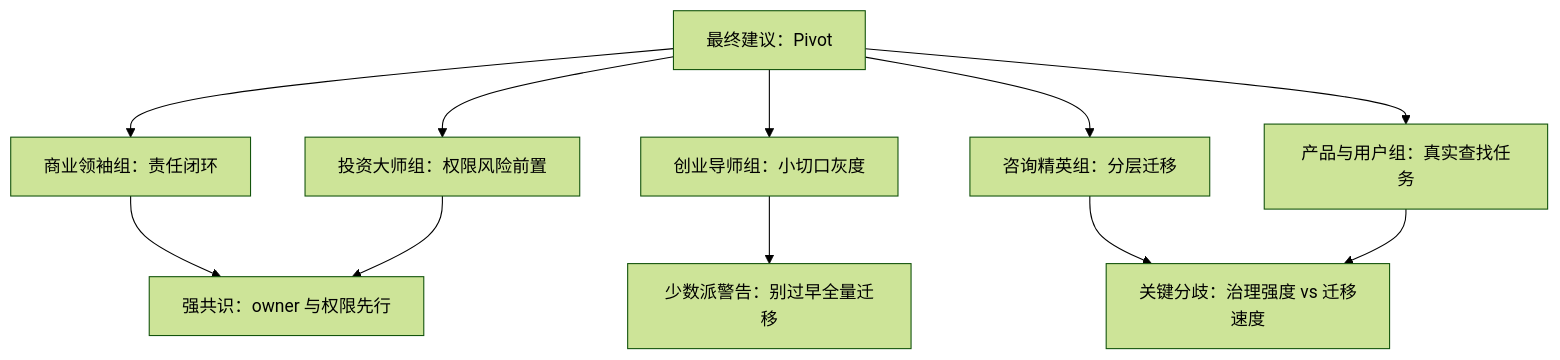
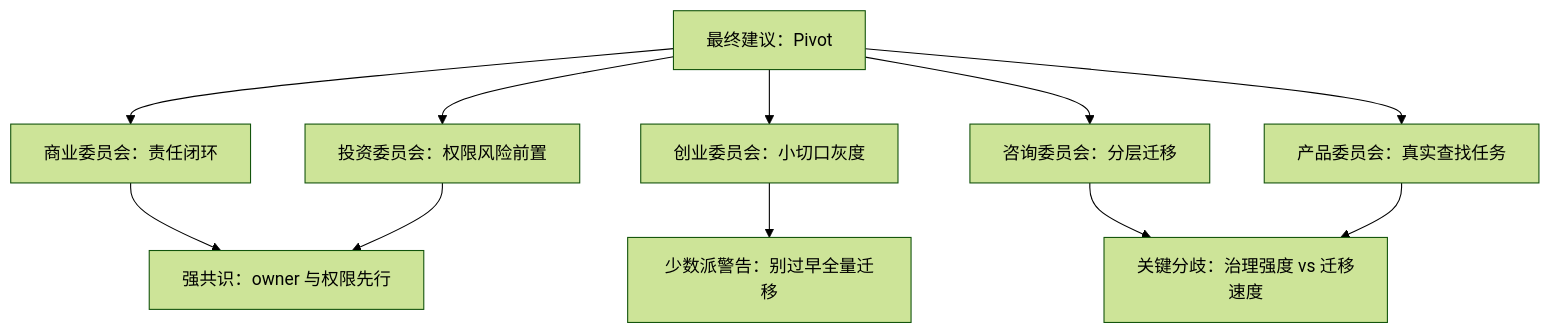
Before and after one commit to hehaivictor/superboard: the second of 3 diagrams in examples/output-deep-project-board-memo.md, drawn with Mermaid (forest theme). The commit also changed other lines of this file and 38 other files, not shown here.

````diff
--- a/examples/output-deep-project-board-memo.md
+++ b/examples/output-deep-project-board-memo.md
@@ -98,13 +98,13 @@
 ```mermaid
 flowchart TD
-  A["最终建议：Pivot"] --> B["商业领袖组：责任闭环"]
-  A --> C["创业导师组：小切口灰度"]
-  A --> D["投资大师组：权限风险前置"]
-  A --> E["咨询精英组：分层迁移"]
-  A --> F["产品与用户组：真实查找任务"]
+  A["最终建议：Pivot"] --> B["商业委员会：责任闭环"]
+  A --> C["创业委员会：小切口灰度"]
+  A --> D["投资委员会：权限风险前置"]
+  A --> E["咨询委员会：分层迁移"]
+  A --> F["产品委员会：真实查找任务"]
   B --> G["强共识：owner 与权限先行"]
   D --> G
   C --> H["少数派警告：别过早全量迁移"]
   E --> I["关键分歧：治理强度 vs 迁移速度"]
   F --> I
 ```
````
